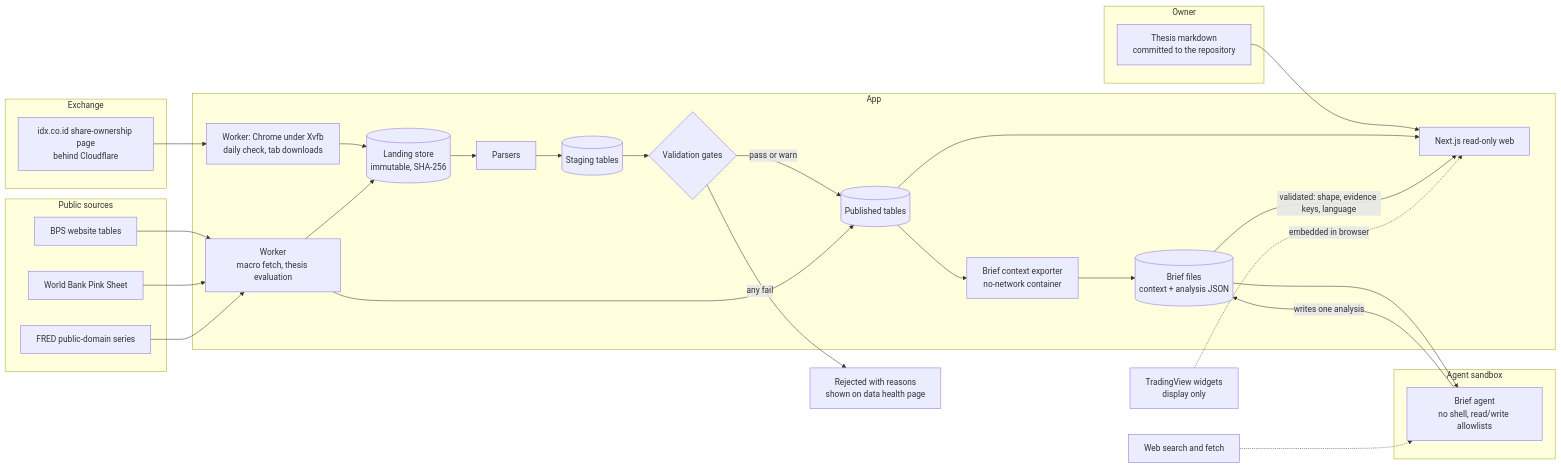
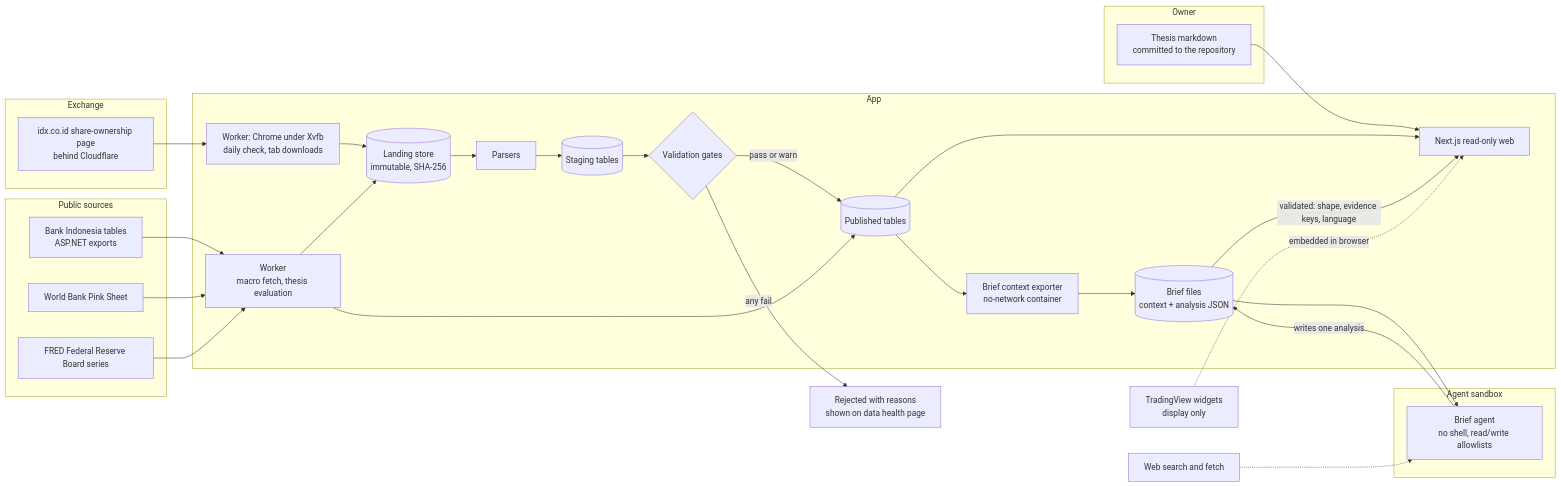
Before and after one commit to Azzamubaidillah/sigi: the diagram in docs/ARCHITECTURE.md, drawn with Mermaid. The commit also changed other lines of this file and 38 other files, not shown here.

First line of the commit message:
M3: macro dashboard fed daily from Bank Indonesia, the World Bank and FRED

````diff
--- a/docs/ARCHITECTURE.md
+++ b/docs/ARCHITECTURE.md
@@ -7,47 +7,47 @@
 ```mermaid
 flowchart LR
   subgraph Owner
     TW[Thesis markdown<br/>committed to the repository]
   end
   subgraph Exchange
     IDX[idx.co.id share-ownership page<br/>behind Cloudflare]
   end
   subgraph App
     FW[Worker: Chrome under Xvfb<br/>daily check, tab downloads]
     LZ[(Landing store<br/>immutable, SHA-256)]
     PR[Parsers]
     ST[(Staging tables)]
     G{Validation gates}
     PUB[(Published tables)]
     WK[Worker<br/>macro fetch, thesis evaluation]
     WEB[Next.js read-only web]
     CX[Brief context exporter<br/>no-network container]
     AF[(Brief files<br/>context + analysis JSON)]
   end
   subgraph Agent sandbox
     AG[Brief agent<br/>no shell, read/write allowlists]
   end
   subgraph Public sources
-    BPS[BPS website tables]
+    BI[Bank Indonesia tables<br/>ASP.NET exports]
     WB[World Bank Pink Sheet]
-    FRED[FRED public-domain series]
+    FRED[FRED Federal Reserve Board series]
   end
   TVW[TradingView widgets<br/>display only]
 
   IDX --> FW --> LZ --> PR --> ST --> G
   G -- pass or warn --> PUB
   G -- any fail --> X[Rejected with reasons<br/>shown on data health page]
-  BPS --> WK
+  BI --> WK
   WB --> WK
   FRED --> WK
   WK --> LZ
   TW --> WEB
   PUB --> WEB
   WK --> PUB
   PUB --> CX --> AF
   AF --> AG
   AG -- writes one analysis --> AF
   WS[Web search and fetch] -.-> AG
   AF -- validated: shape, evidence keys, language --> WEB
   TVW -. embedded in browser .-> WEB
 ```
````
